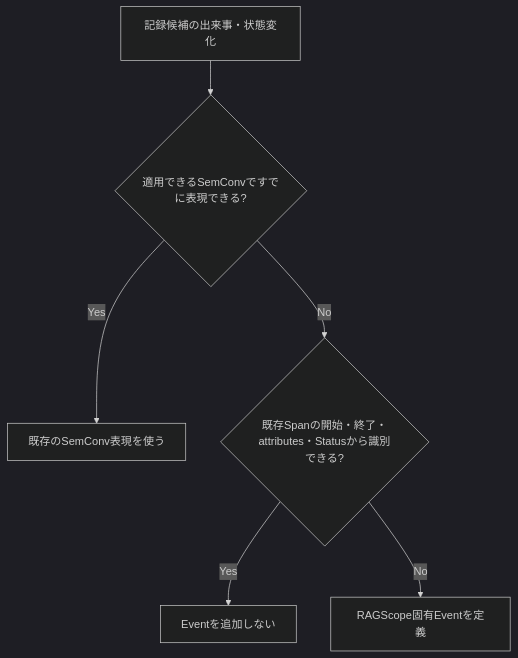
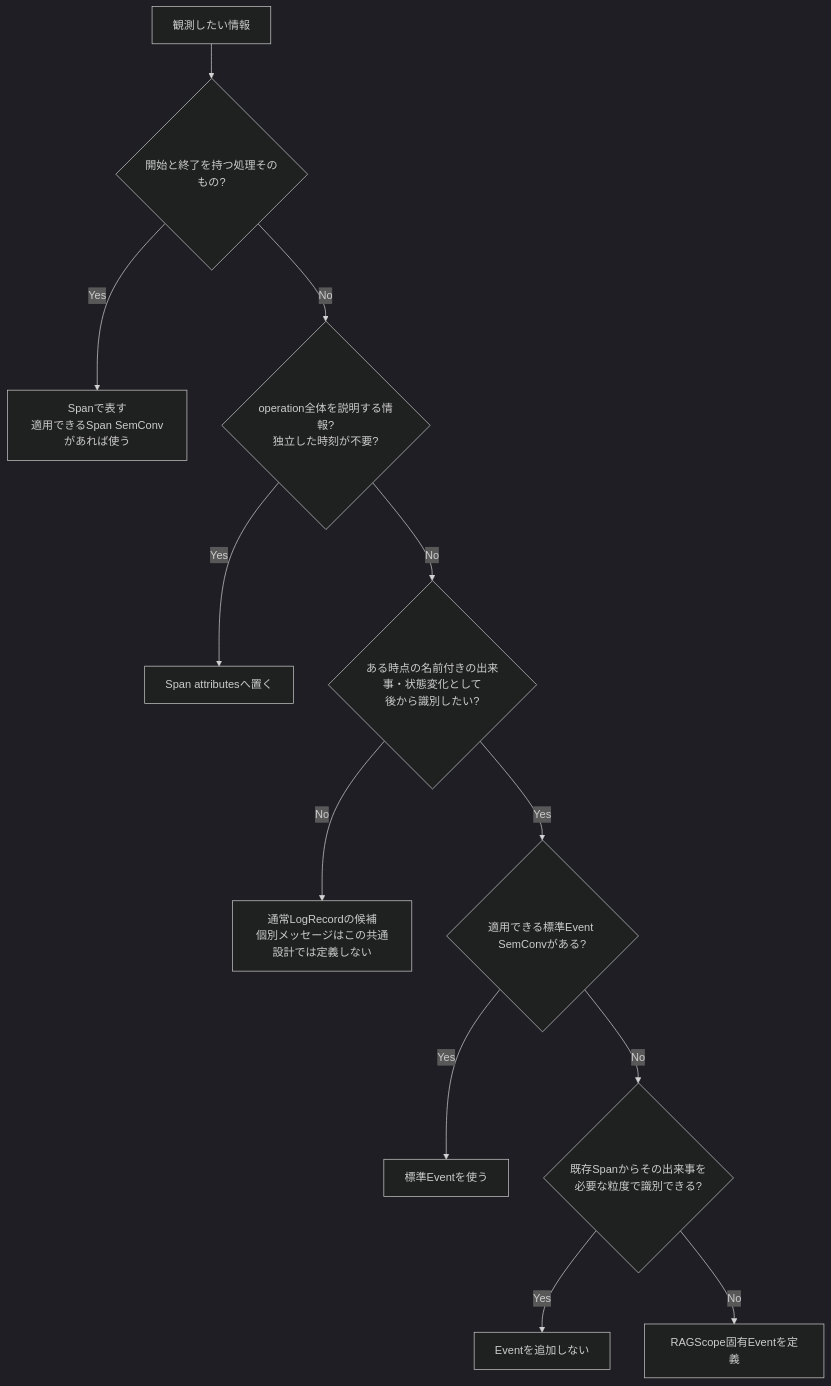
Before and after one commit to takashit16833/Workbench: the diagram in Notes/RAGScope/RAGScopeアプリケーション/RS-0023 Logs設計メモ.md, drawn with Mermaid (dark theme). The commit also changed other lines of this file, not shown here.

````diff
--- a/Notes/RAGScope/RAGScopeアプリケーション/RS-0023 Logs設計メモ.md
+++ b/Notes/RAGScope/RAGScopeアプリケーション/RS-0023 Logs設計メモ.md
@@ -36,8 +80,14 @@
 ```mermaid
 flowchart TD
-    A["記録候補の出来事・状態変化"] --> B{"適用できるSemConvですでに表現できる?"}
-    B -->|Yes| C["既存のSemConv表現を使う"]
-    B -->|No| D{"既存Spanの開始・終了・attributes・Statusから識別できる?"}
-    D -->|Yes| E["Eventを追加しない"]
-    D -->|No| F["RAGScope固有Eventを定義"]
+    A["観測したい情報"] --> B{"開始と終了を持つ処理そのもの?"}
+    B -->|Yes| C["Spanで表す<br>適用できるSpan SemConvがあれば使う"]
+    B -->|No| D{"operation全体を説明する情報?<br>独立した時刻が不要?"}
+    D -->|Yes| E["Span attributesへ置く"]
+    D -->|No| F{"ある時点の名前付きの出来事・状態変化として<br>後から識別したい?"}
+    F -->|No| G["通常LogRecordの候補<br>個別メッセージはこの共通設計では定義しない"]
+    F -->|Yes| H{"適用できる標準Event SemConvがある?"}
+    H -->|Yes| I["標準Eventを使う"]
+    H -->|No| J{"既存Spanからその出来事を<br>必要な粒度で識別できる?"}
+    J -->|Yes| K["Eventを追加しない"]
+    J -->|No| L["RAGScope固有Eventを定義"]
 ```
````
